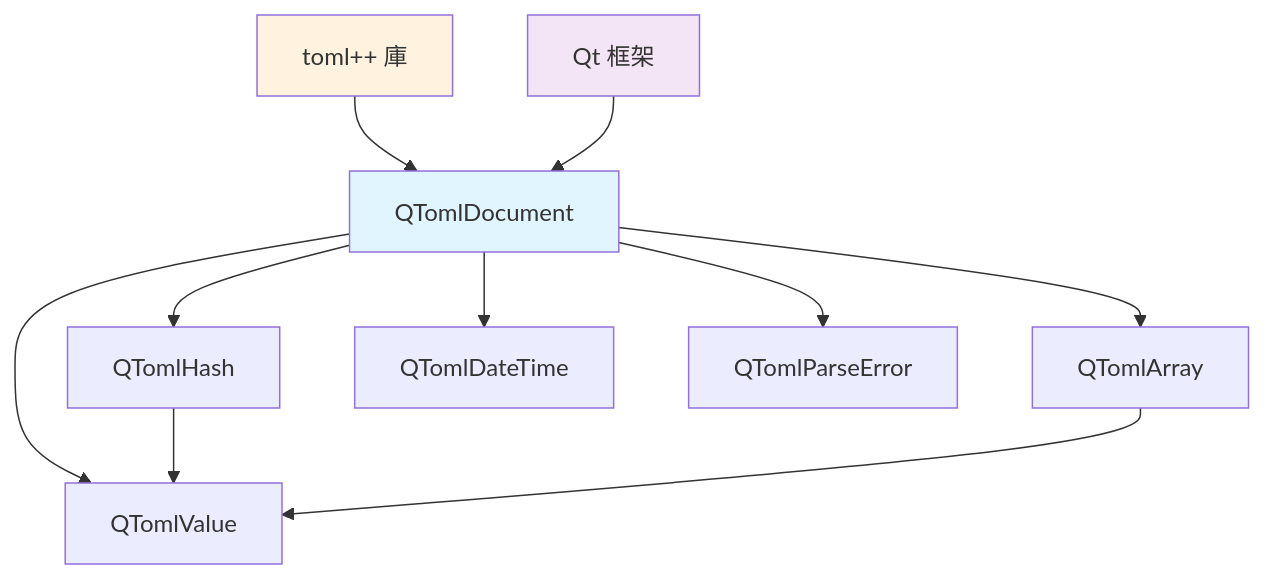
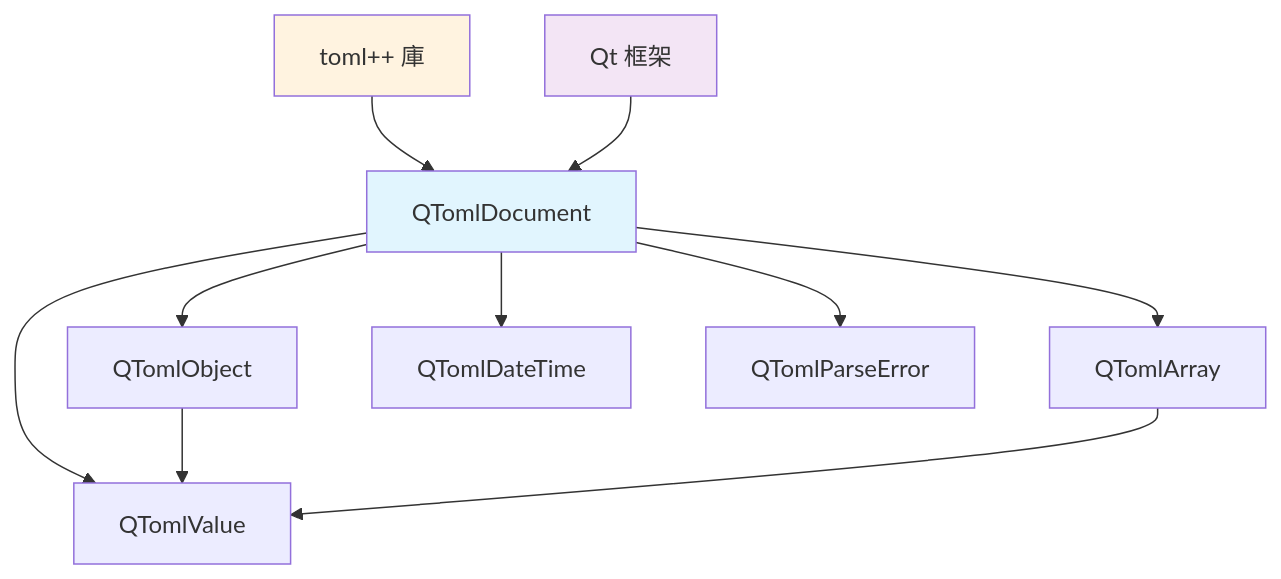
One commit to bestkakkoii/QToml changed the second of 2 diagrams in README.md. Above: the diagram before and after it, drawn with Mermaid. The commit also changed other lines of this file and 11 other files, not shown here.

````diff
--- a/README.md
+++ b/README.md
@@ -707,18 +890,18 @@
 ```mermaid
 graph TD
-    A[QTomlDocument] --> B[QTomlHash]
+    A[QTomlDocument] --> B[QTomlObject]
     A --> C[QTomlArray]
     A --> D[QTomlValue]
     A --> E[QTomlDateTime]
     A --> F[QTomlParseError]
     
     B --> D
     C --> D
     
     G[toml++ 庫] --> A
     H[Qt 框架] --> A
     
     style A fill:#e1f5fe
     style G fill:#fff3e0
     style H fill:#f3e5f5
 ```
````
